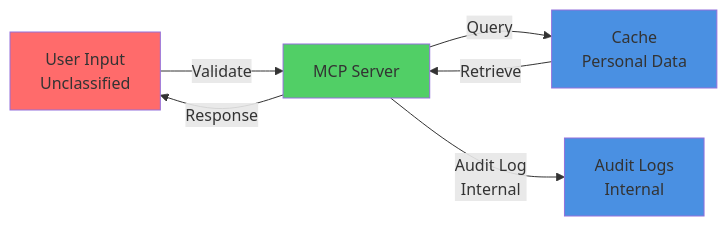
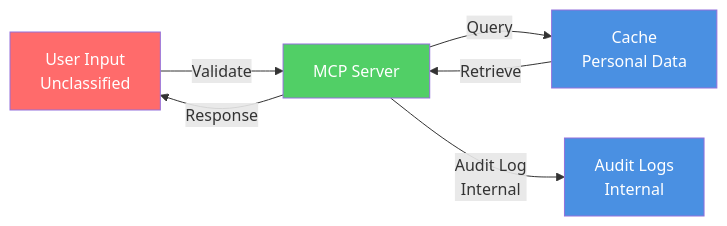
One commit to Hack23/European-Parliament-MCP-Server changed the fourth of 5 diagrams in docs/api-markdown/_media/skills/architecture-documentation/SKILL.md. Above: the diagram before and after it, drawn with Mermaid. The commit also changed other lines of this file and 28 other files, not shown here.

First line of the commit message:
fix: correct 5 broken mermaid diagrams and add explicit text colors for dark/light mode

````diff
--- a/docs/api-markdown/_media/skills/architecture-documentation/SKILL.md
+++ b/docs/api-markdown/_media/skills/architecture-documentation/SKILL.md
@@ -362,14 +391,18 @@
 ```mermaid
 graph LR
     User[User Input<br/>Unclassified] -->|Validate| System[MCP Server]
     System -->|Query| DB[Cache<br/>Personal Data]
     DB -->|Retrieve| System
     System -->|Response| User
     
     System -->|Audit Log<br/>Internal| Logs[Audit Logs<br/>Internal]
     
-    style User fill:#ff6b6b
-    style System fill:#51cf66
-    style DB fill:#4a90e2
-    style Logs fill:#4a90e2
+    style User fill:#ff6b6b,color:#ffffff
+
+    style System fill:#51cf66,color:#ffffff
+
+    style DB fill:#4a90e2,color:#ffffff
+
+    style Logs fill:#4a90e2,color:#ffffff
+
 ```
````
